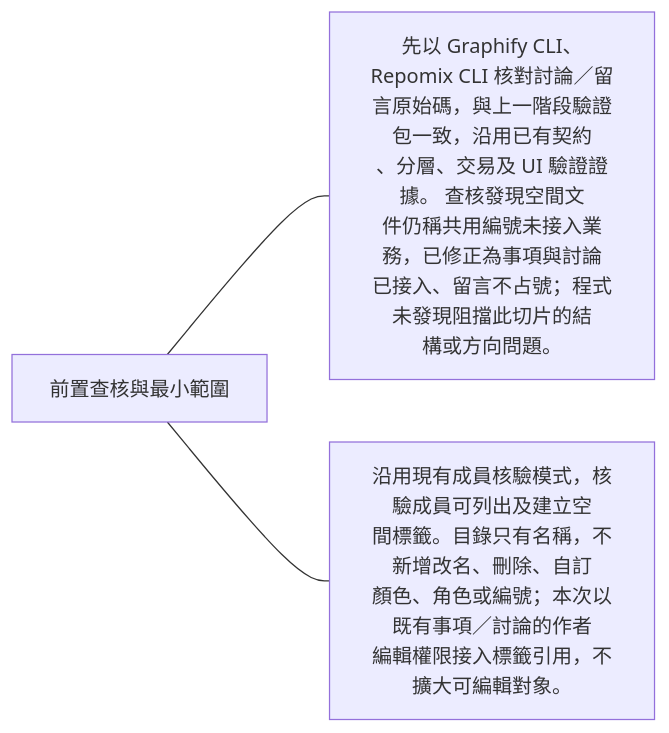
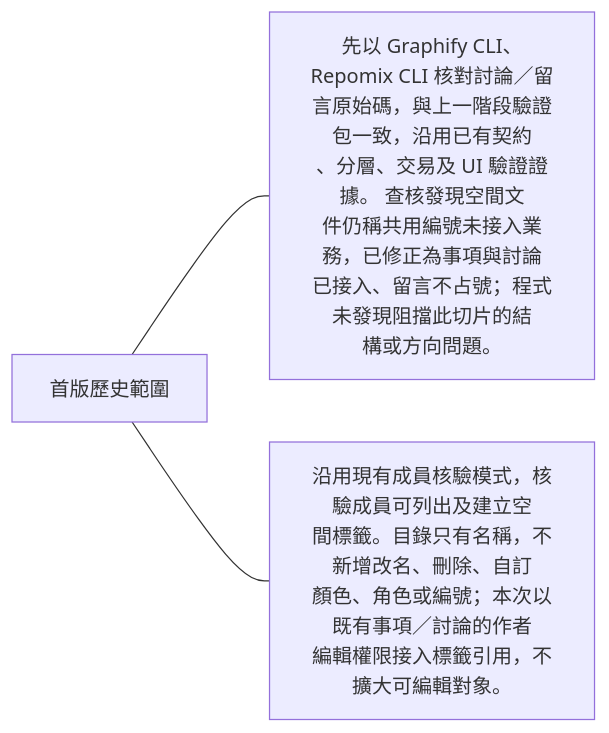
Before and after one commit to 963sup/line-mini-app-bot: the second of 9 diagrams in docs/domains/repository/labels.md, drawn with Mermaid. The commit also changed other lines of this file and 25 other files, not shown here.

````diff
--- a/docs/domains/repository/labels.md
+++ b/docs/domains/repository/labels.md
@@ -13,6 +19,6 @@
 ```mermaid
 flowchart LR
-  h["前置查核與最小範圍"]
+  h["首版歷史範圍"]
   h --- n0["先以 Graphify CLI、Repomix CLI 核對討論／留<br/>言原始碼，與上一階段驗證包一致，沿用已有契約<br/>、分層、交易及 UI 驗證證據。 查核發現空間文<br/>件仍稱共用編號未接入業務，已修正為事項與討論<br/>已接入、留言不占號；程式未發現阻擋此切片的結<br/>構或方向問題。"]
   h --- n1["沿用現有成員核驗模式，核驗成員可列出及建立空<br/>間標籤。目錄只有名稱，不新增改名、刪除、自訂<br/>顏色、角色或編號；本次以既有事項／討論的作者<br/>編輯權限接入標籤引用，不擴大可編輯對象。"]
 ```
````
